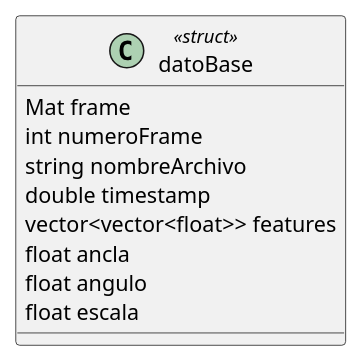
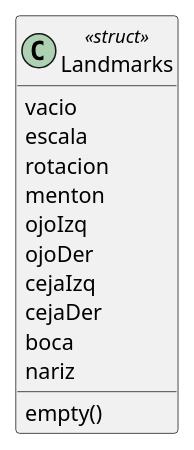
One commit to agustinavila/ProyectoVision changed the third of 5 diagrams in Diagrama.puml. Above: the diagram before and after it, drawn with PlantUML. The commit also changed other lines of this file and 35 other files, not shown here.

```diff
--- a/Diagrama.puml
+++ b/Diagrama.puml
@@ -79,15 +90,15 @@
 @startuml structs
-class datoBase <<struct>>{
-	'primer boceto de la estructura basica de cada frame
-	'para hacer registro de los datos?
-
-	Mat frame
-	int numeroFrame
-	string nombreArchivo
-	double timestamp
-	vector<vector<float>> features
-	float ancla
-	float angulo
-	float escala
+class Landmarks <<struct>>{
+	vacio
+	escala
+	rotacion
+	menton
+	ojoIzq
+	ojoDer
+	cejaIzq
+	cejaDer
+	boca
+	nariz
+	empty()
 }
 @enduml
```
